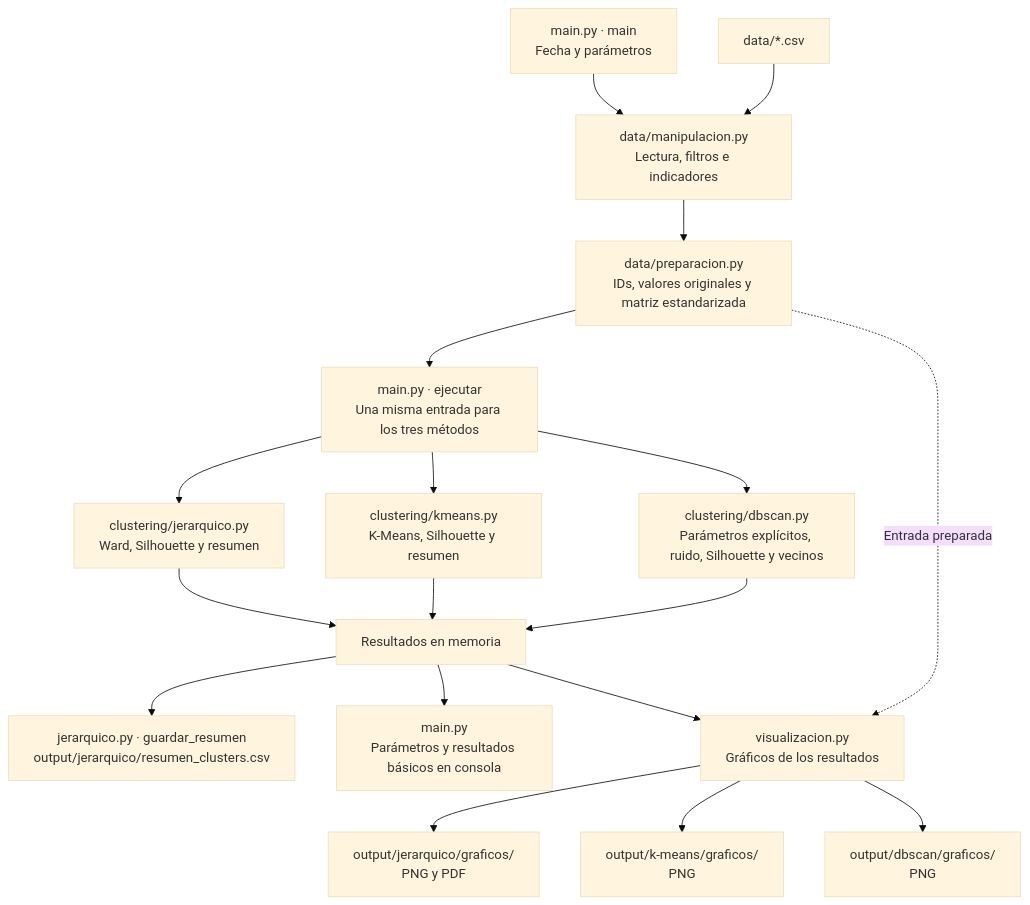
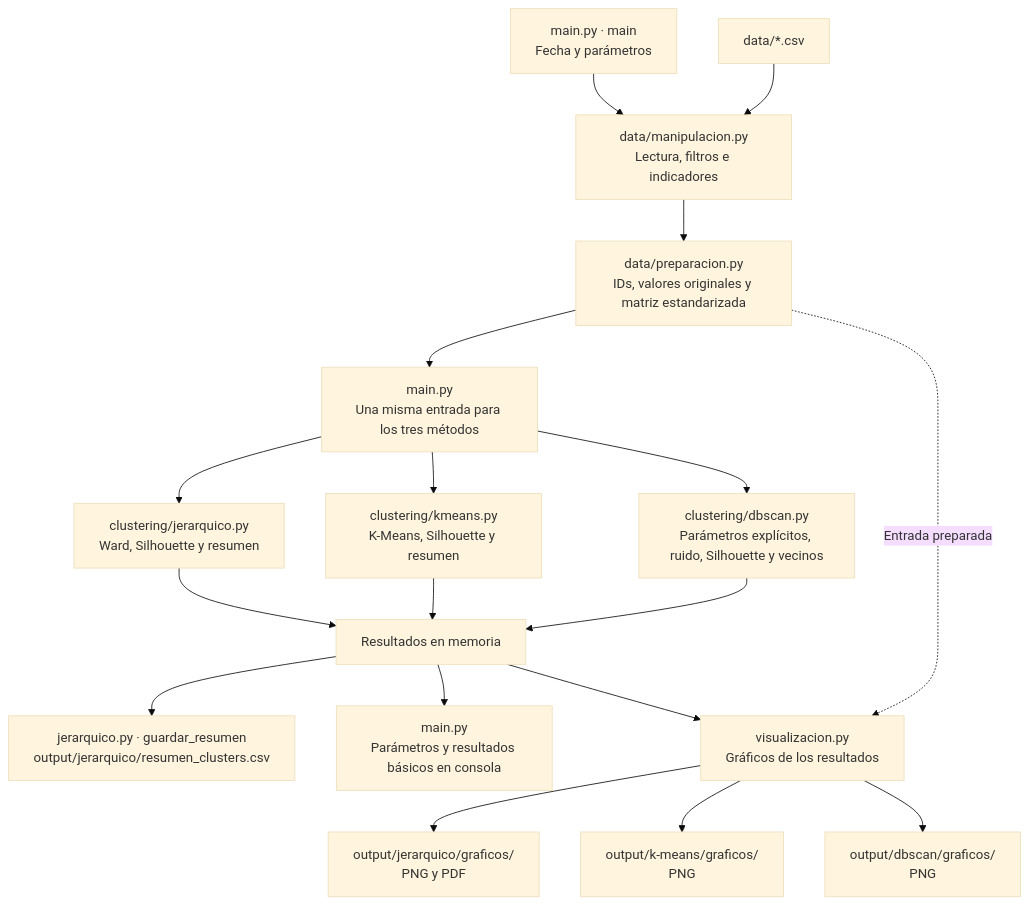
One commit to CowsmonDev/IO-Mineria-Codigo changed the diagram in docs/flujo-archivos.md. Above: the diagram before and after it, drawn with Mermaid (base theme). The commit also changed 2 other files, not shown here.

Commit message:
Simplifica el flujo de ejecución en main

````diff
--- a/docs/flujo-archivos.md
+++ b/docs/flujo-archivos.md
@@ -5,20 +5,20 @@
 ```mermaid
 flowchart TD
     MAIN["main.py · main<br/>Fecha y parámetros"] --> MAN["data/manipulacion.py<br/>Lectura, filtros e indicadores"]
     CSV["data/*.csv"] --> MAN
     MAN --> PRE["data/preparacion.py<br/>IDs, valores originales y matriz estandarizada"]
-    PRE --> EJ["main.py · ejecutar<br/>Una misma entrada para los tres métodos"]
+    PRE --> EJ["main.py<br/>Una misma entrada para los tres métodos"]
     EJ --> J["clustering/jerarquico.py<br/>Ward, Silhouette y resumen"]
     EJ --> K["clustering/kmeans.py<br/>K-Means, Silhouette y resumen"]
     EJ --> D["clustering/dbscan.py<br/>Parámetros explícitos, ruido, Silhouette y vecinos"]
     J --> RES["Resultados en memoria"]
     K --> RES
     D --> RES
     RES --> CSVJ["jerarquico.py · guardar_resumen<br/>output/jerarquico/resumen_clusters.csv"]
     RES --> CONSOLA["main.py<br/>Parámetros y resultados básicos en consola"]
     RES --> VIS["visualizacion.py<br/>Gráficos de los resultados"]
     PRE -. "Entrada preparada" .-> VIS
     VIS --> JPNG["output/jerarquico/graficos/<br/>PNG y PDF"]
     VIS --> KPNG["output/k-means/graficos/<br/>PNG"]
     VIS --> DPNG["output/dbscan/graficos/<br/>PNG"]
 ```
````
